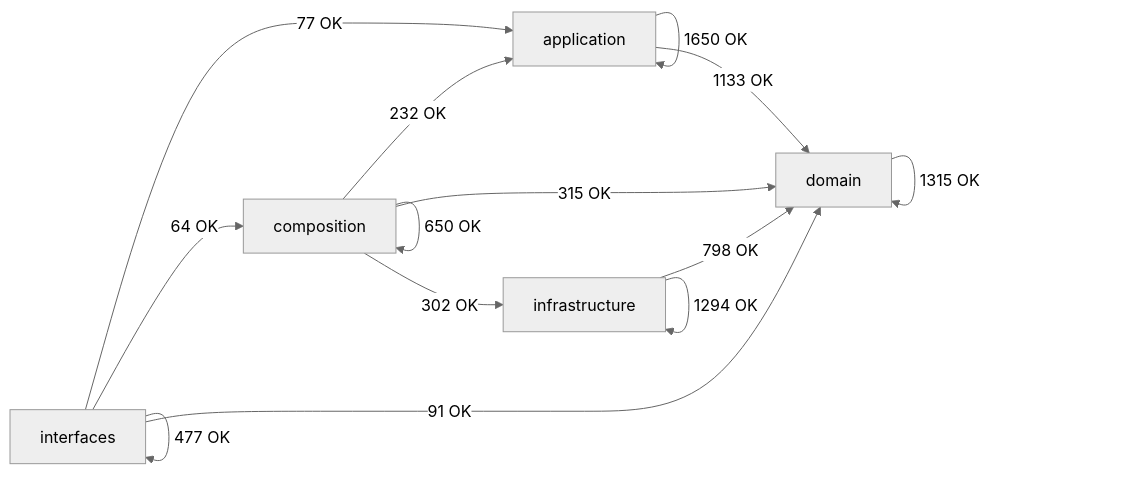
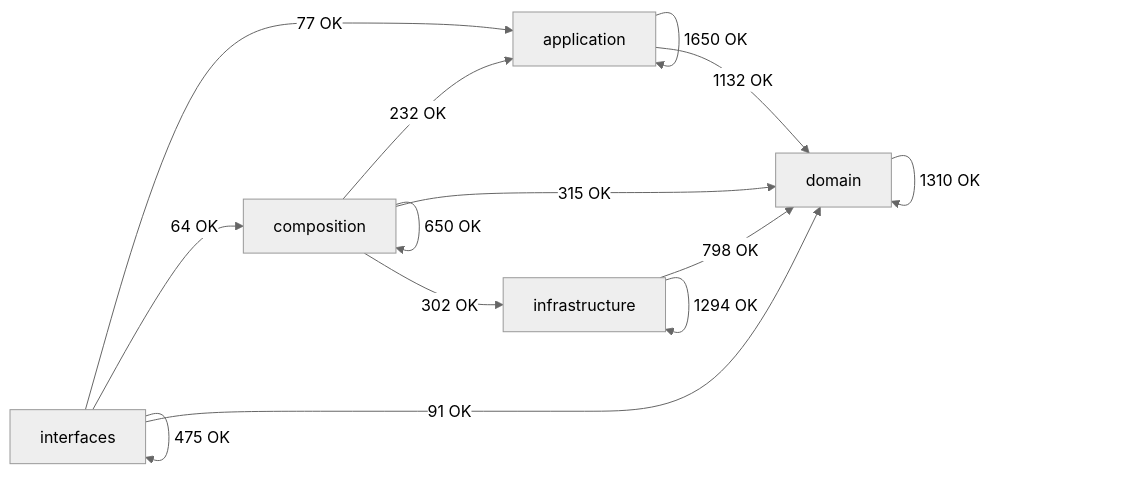
The diagram in docs/02-architecture/generated/module-dependency-map.md (SatoryKono/BioactivityDataAcquisition), drawn with Mermaid (neutral theme) before and after one commit. The commit also changed other lines of this file and 160 other files, not shown here.

````diff
--- a/docs/02-architecture/generated/module-dependency-map.md
+++ b/docs/02-architecture/generated/module-dependency-map.md
@@ -17,21 +17,21 @@
 ```mermaid
 flowchart LR
     domain[domain]
     application[application]
     infrastructure[infrastructure]
     composition[composition]
     interfaces[interfaces]
     application -->|1650 OK| application
-    application -->|1133 OK| domain
+    application -->|1132 OK| domain
     composition -->|232 OK| application
     composition -->|650 OK| composition
     composition -->|315 OK| domain
     composition -->|302 OK| infrastructure
-    domain -->|1315 OK| domain
+    domain -->|1310 OK| domain
     infrastructure -->|798 OK| domain
     infrastructure -->|1294 OK| infrastructure
     interfaces -->|77 OK| application
     interfaces -->|64 OK| composition
     interfaces -->|91 OK| domain
-    interfaces -->|477 OK| interfaces
+    interfaces -->|475 OK| interfaces
 ```
````
